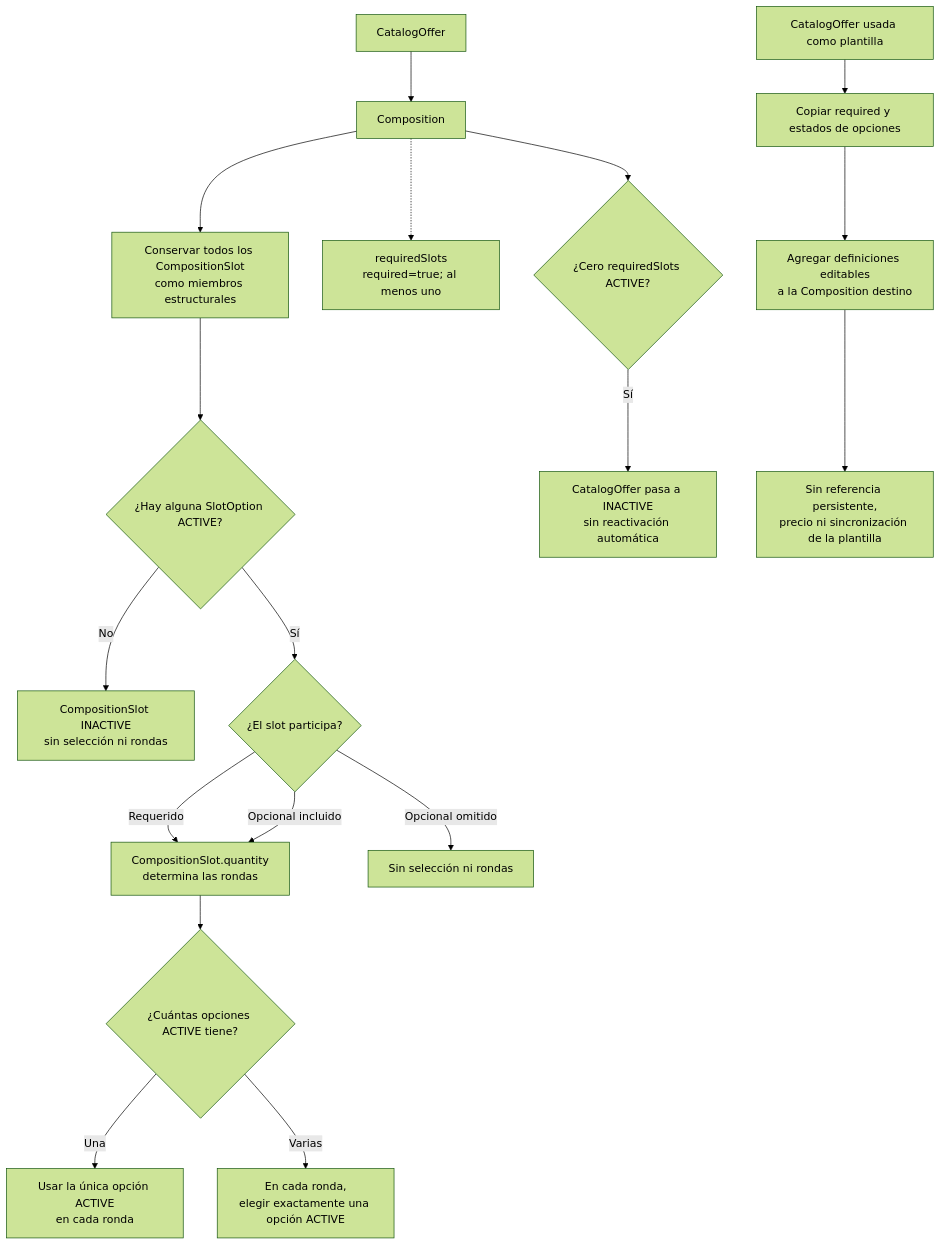
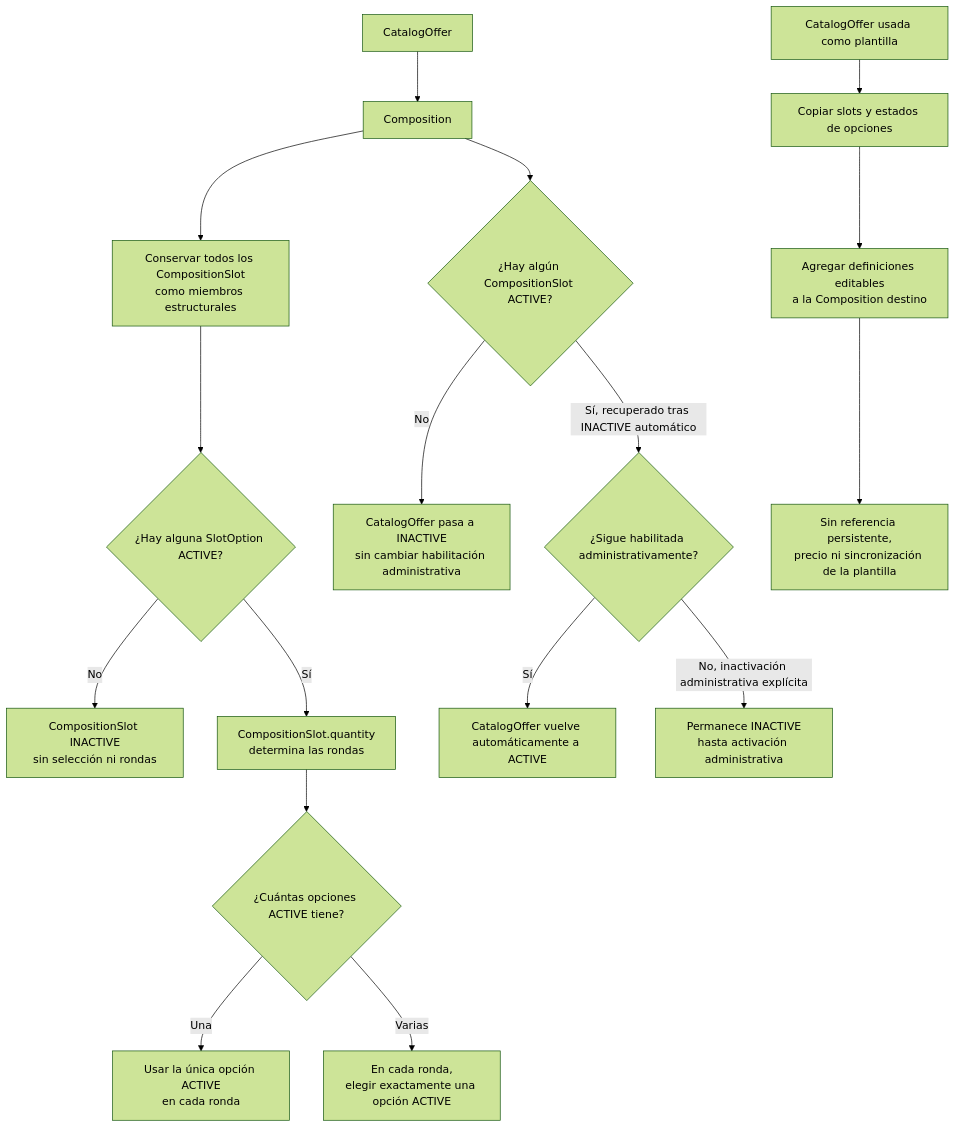
Before and after one commit to FMAT-Restaurant/Menu-Documentation: the fourth of 5 diagrams in docs/ers/architechture.md, drawn with Mermaid (forest theme). The commit also changed other lines of this file and 12 other files, not shown here.

````diff
--- a/docs/ers/architechture.md
+++ b/docs/ers/architechture.md
@@ -244,21 +238,20 @@
 ```mermaid
 flowchart TB
     Offer["CatalogOffer"] --> Composition["Composition"]
     Composition --> AllSlots["Conservar todos los CompositionSlot<br/>como miembros estructurales"]
-    Composition -.-> RequiredSlots["requiredSlots<br/>required=true; al menos uno"]
-    AllSlots --> GroupStatus{"¿Hay alguna SlotOption ACTIVE?"}
-    GroupStatus -->|No| InactiveSlot["CompositionSlot INACTIVE<br/>sin selección ni rondas"]
-    GroupStatus -->|Sí| Participation{"¿El slot participa?"}
-    Participation -->|Requerido| Rounds["CompositionSlot.quantity<br/>determina las rondas"]
-    Participation -->|Opcional incluido| Rounds
-    Participation -->|Opcional omitido| Omitted["Sin selección ni rondas"]
+    AllSlots --> SlotStatus{"¿Hay alguna SlotOption ACTIVE?"}
+    SlotStatus -->|No| InactiveSlot["CompositionSlot INACTIVE<br/>sin selección ni rondas"]
+    SlotStatus -->|Sí| Rounds["CompositionSlot.quantity<br/>determina las rondas"]
     Rounds --> Count{"¿Cuántas opciones ACTIVE tiene?"}
     Count -->|Una| Default["Usar la única opción ACTIVE<br/>en cada ronda"]
     Count -->|Varias| Choice["En cada ronda,<br/>elegir exactamente una opción ACTIVE"]
-    Composition --> ActiveRequired{"¿Cero requiredSlots ACTIVE?"}
-    ActiveRequired -->|Sí| DeactivateOffer["CatalogOffer pasa a INACTIVE<br/>sin reactivación automática"]
+    Composition --> ActiveSlots{"¿Hay algún CompositionSlot ACTIVE?"}
+    ActiveSlots -->|No| DeactivateOffer["CatalogOffer pasa a INACTIVE<br/>sin cambiar habilitación administrativa"]
+    ActiveSlots -->|Sí, recuperado tras INACTIVE automático| AdminEnabled{"¿Sigue habilitada administrativamente?"}
+    AdminEnabled -->|Sí| ReactivateOffer["CatalogOffer vuelve automáticamente a ACTIVE"]
+    AdminEnabled -->|No, inactivación administrativa explícita| KeepInactive["Permanece INACTIVE<br/>hasta activación administrativa"]
 
-    Template["CatalogOffer usada como plantilla"] --> Copy["Copiar required y estados de opciones"]
+    Template["CatalogOffer usada como plantilla"] --> Copy["Copiar slots y estados de opciones"]
     Copy --> Destination["Agregar definiciones editables<br/>a la Composition destino"]
     Destination --> Independent["Sin referencia persistente,<br/>precio ni sincronización de la plantilla"]
 ```
````
